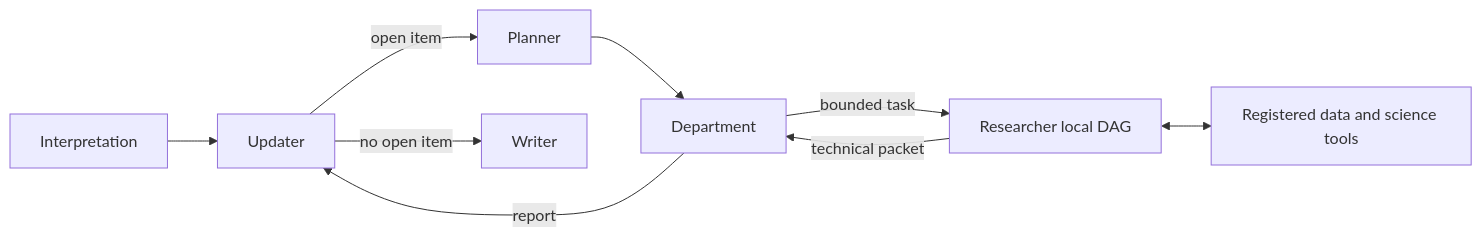
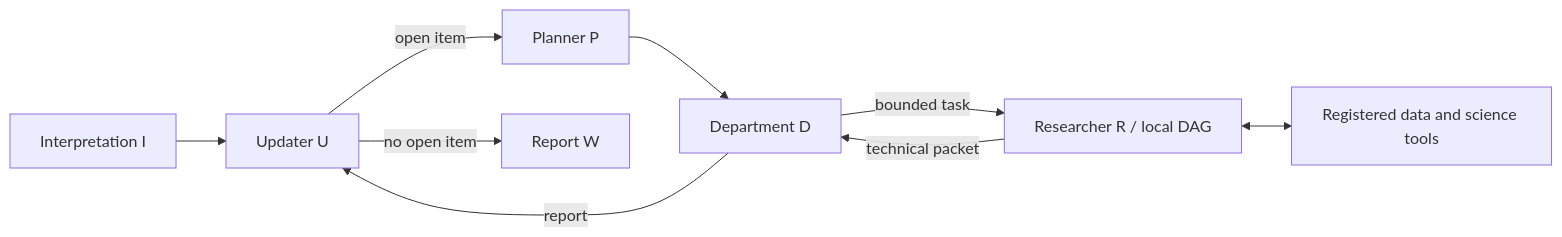
Before and after one commit to dvdsvc/ariadne: the diagram in README.md, drawn with Mermaid. The commit also changed other lines of this file and 4 other files, not shown here.

````diff
--- a/README.md
+++ b/README.md
@@ -22,11 +60,11 @@
 ```mermaid
 flowchart LR
-    I[Interpretation] --> U[Updater]
-    U -->|open item| P[Planner]
-    P --> D[Department]
-    D -->|bounded task| R[Researcher local DAG]
+    I[Interpretation I] --> U[Updater U]
+    U -->|open item| P[Planner P]
+    P --> D[Department D]
+    D -->|bounded task| R[Researcher R / local DAG]
     R -->|technical packet| D
     D -->|report| U
-    U -->|no open item| W[Writer]
+    U -->|no open item| W[Report W]
     R <--> T[Registered data and science tools]
 ```
````
